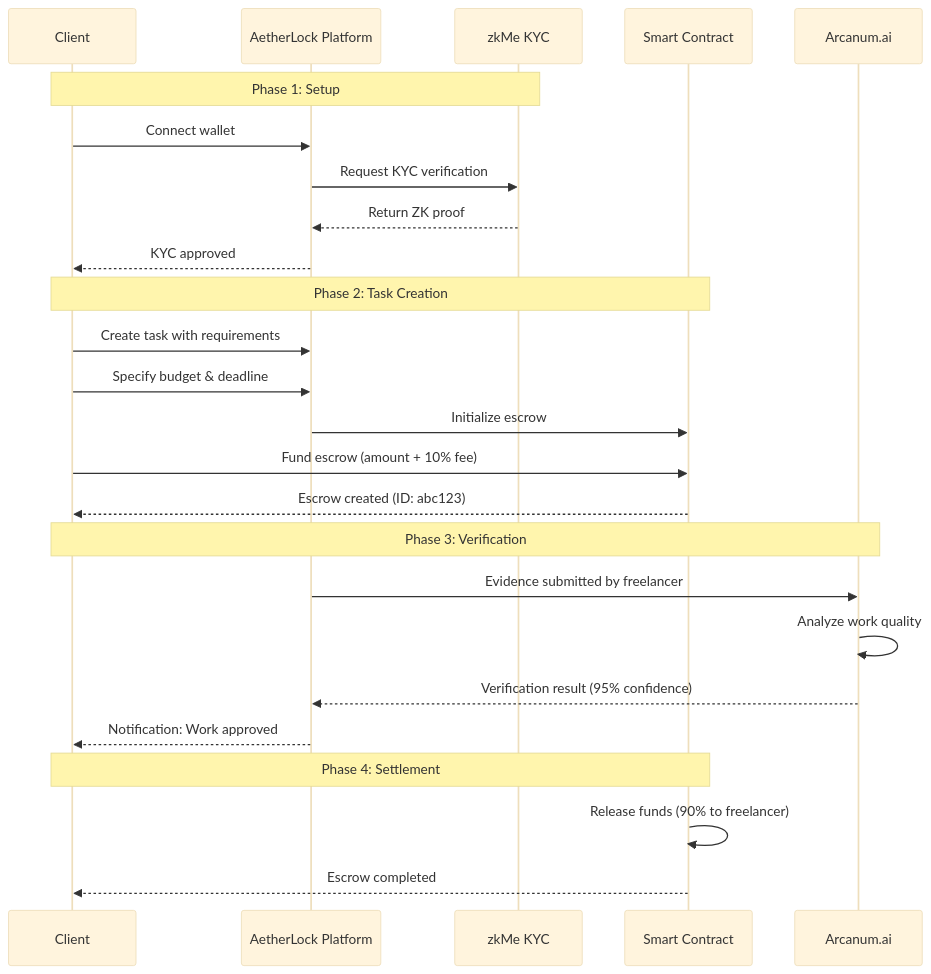
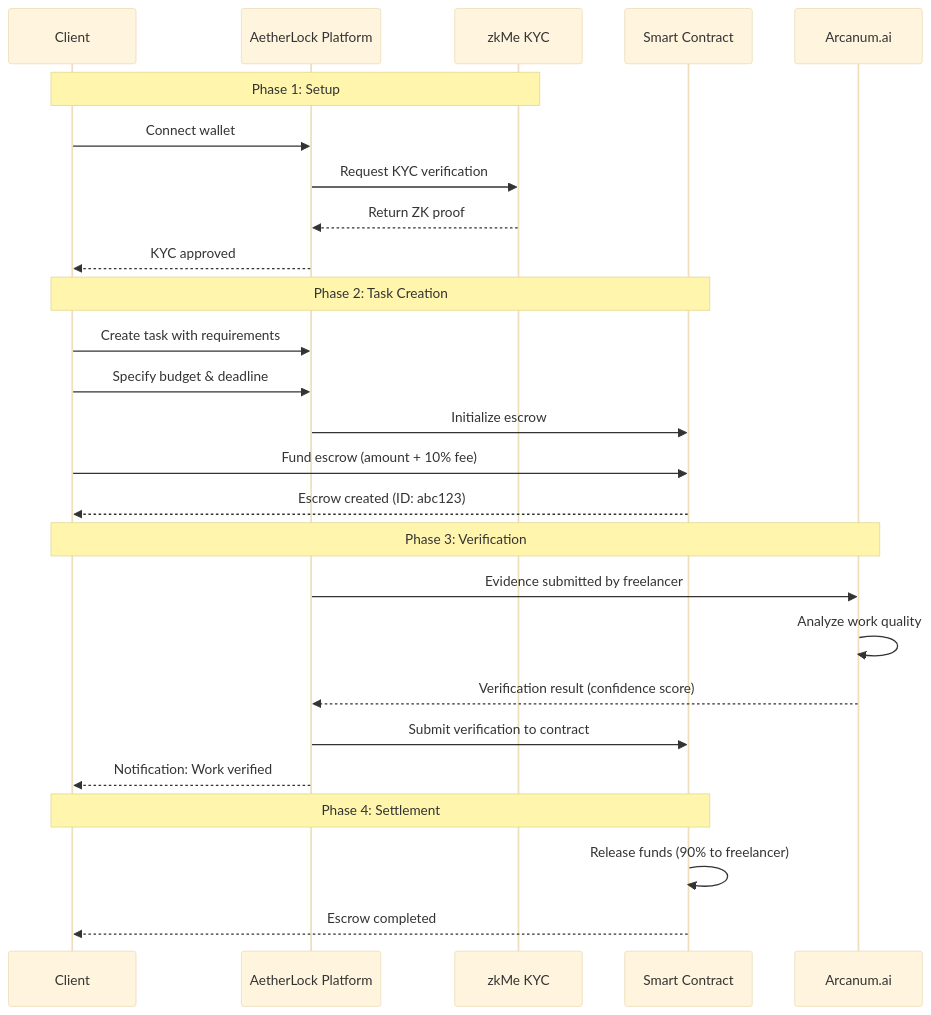
The second of 6 diagrams in potv-consensus.mdx (De-real-iManuel/aetherlock-docs), drawn with Mermaid (base theme) before and after one commit. The commit also changed other lines of this file and 144 other files, not shown here.

````diff
--- a/potv-consensus.mdx
+++ b/potv-consensus.mdx
@@ -197,31 +150,32 @@
 ```mermaid
 sequenceDiagram
     participant C as Client
     participant W as AetherLock Platform
     participant ZK as zkMe KYC
     participant SC as Smart Contract
     participant AI as Arcanum.ai
     
     Note over C,ZK: Phase 1: Setup
     C->>W: Connect wallet
     W->>ZK: Request KYC verification
     ZK-->>W: Return ZK proof
     W-->>C: KYC approved
     
     Note over C,SC: Phase 2: Task Creation
     C->>W: Create task with requirements
     C->>W: Specify budget & deadline
     W->>SC: Initialize escrow
     C->>SC: Fund escrow (amount + 10% fee)
     SC-->>C: Escrow created (ID: abc123)
     
     Note over C,AI: Phase 3: Verification
     W->>AI: Evidence submitted by freelancer
     AI->>AI: Analyze work quality
-    AI-->>W: Verification result (95% confidence)
-    W-->>C: Notification: Work approved
+    AI-->>W: Verification result (confidence score)
+    W->>SC: Submit verification to contract
+    W-->>C: Notification: Work verified
     
     Note over C,SC: Phase 4: Settlement
     SC->>SC: Release funds (90% to freelancer)
     SC-->>C: Escrow completed
 ```
````
